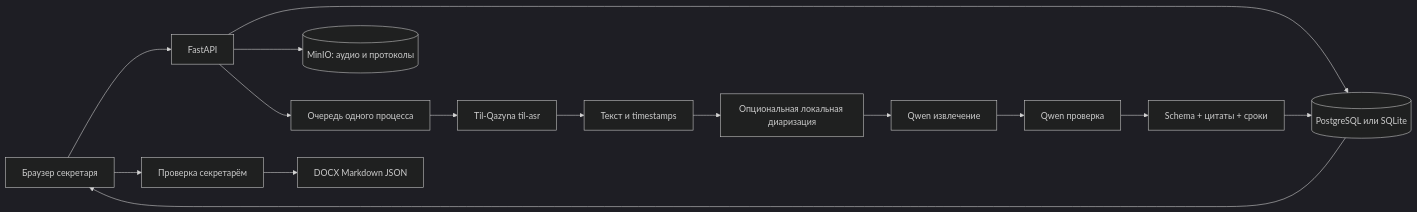
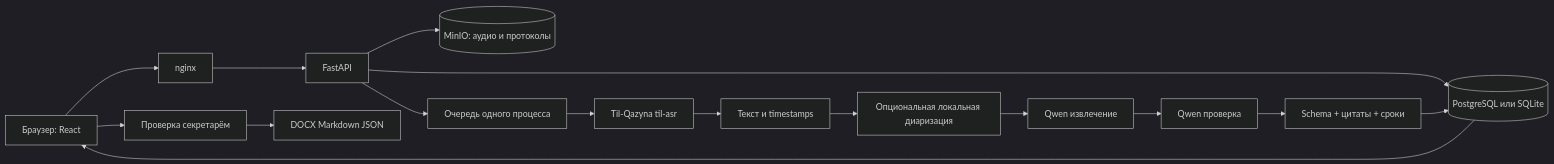
Before and after one commit to BAITC-Hacks/hack-e311b3ab-13lab: the diagram in docs/ARCHITECTURE.md, drawn with Mermaid (dark theme). The commit also changed other lines of this file and 55 other files, not shown here.

First line of the commit message:
feat(frontend): React app served by nginx in docker compose

````diff
--- a/docs/ARCHITECTURE.md
+++ b/docs/ARCHITECTURE.md
@@ -9,17 +9,18 @@
 ```mermaid
 flowchart LR
-    UI[Браузер секретаря] --> API[FastAPI]
+    UI[Браузер: React] --> Nginx[nginx]
+    Nginx --> API[FastAPI]
     API --> DB[(PostgreSQL или SQLite)]
     API --> Blobs[(MinIO: аудио и протоколы)]
     API --> Queue[Очередь одного процесса]
     Queue --> ASR[Til-Qazyna til-asr]
     ASR --> Words[Текст и timestamps]
     Words --> Diar[Опциональная локальная диаризация]
     Diar --> Extract[Qwen извлечение]
     Extract --> Review[Qwen проверка]
     Review --> Validate[Schema + цитаты + сроки]
     Validate --> DB
     DB --> UI
     UI --> Human[Проверка секретарём]
     Human --> Export[DOCX Markdown JSON]
 ```
````
